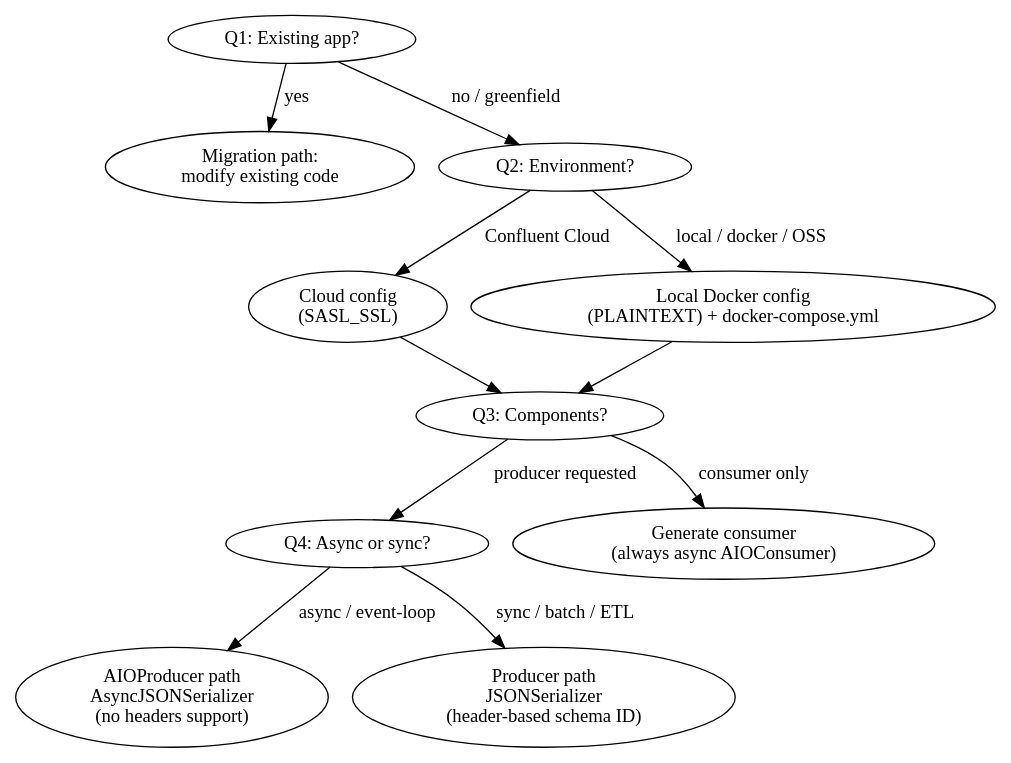
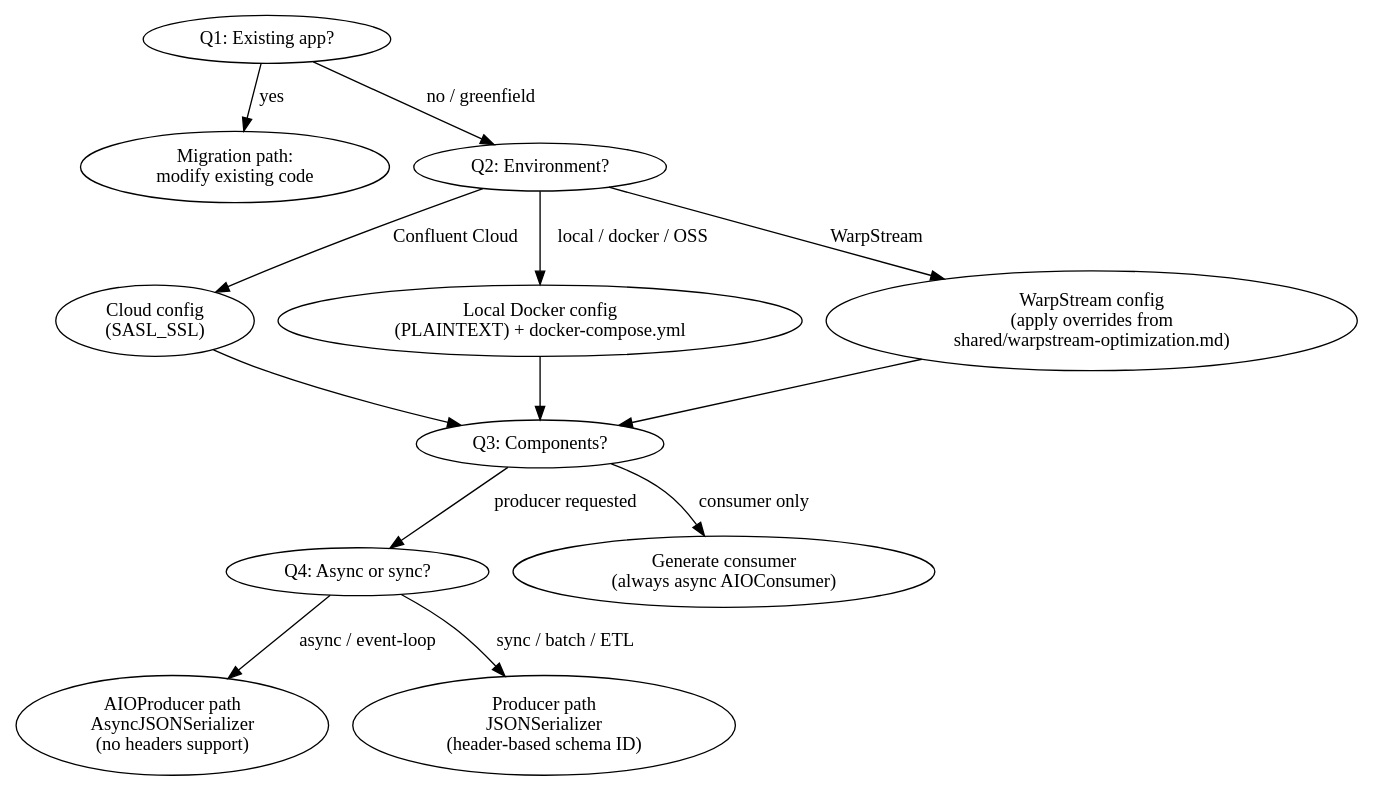
The diagram in skills/developing-kafka-python-client/SKILL.md (confluentinc/agent-skills), drawn with Graphviz before and after one commit. The commit also changed other lines of this file and 4 other files, not shown here.

Commit message:
shared WS config optimization, and updates to existing files providing instructions for WarpStream-specific configuration

````diff
--- a/skills/developing-kafka-python-client/SKILL.md
+++ b/skills/developing-kafka-python-client/SKILL.md
@@ -85,14 +86,16 @@
 ```dot
 digraph decisions {
   "Q1: Existing app?" -> "Migration path:\nmodify existing code" [label="yes"];
   "Q1: Existing app?" -> "Q2: Environment?" [label="no / greenfield"];
   "Q2: Environment?" -> "Cloud config\n(SASL_SSL)" [label="Confluent Cloud"];
   "Q2: Environment?" -> "Local Docker config\n(PLAINTEXT) + docker-compose.yml" [label="local / docker / OSS"];
+  "Q2: Environment?" -> "WarpStream config\n(apply overrides from\nshared/warpstream-optimization.md)" [label="WarpStream"];
   "Cloud config\n(SASL_SSL)" -> "Q3: Components?";
   "Local Docker config\n(PLAINTEXT) + docker-compose.yml" -> "Q3: Components?";
+  "WarpStream config\n(apply overrides from\nshared/warpstream-optimization.md)" -> "Q3: Components?";
   "Q3: Components?" -> "Q4: Async or sync?" [label="producer requested"];
   "Q3: Components?" -> "Generate consumer\n(always async AIOConsumer)" [label="consumer only"];
   "Q4: Async or sync?" -> "AIOProducer path\nAsyncJSONSerializer\n(no headers support)" [label="async / event-loop"];
   "Q4: Async or sync?" -> "Producer path\nJSONSerializer\n(header-based schema ID)" [label="sync / batch / ETL"];
 }
 ```
````
